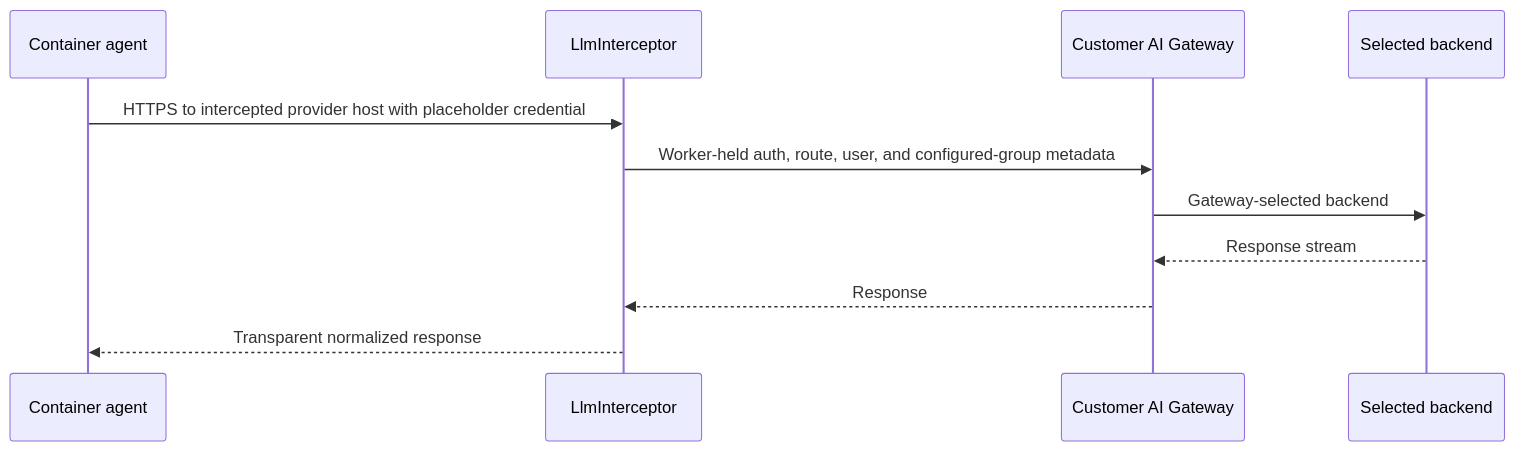
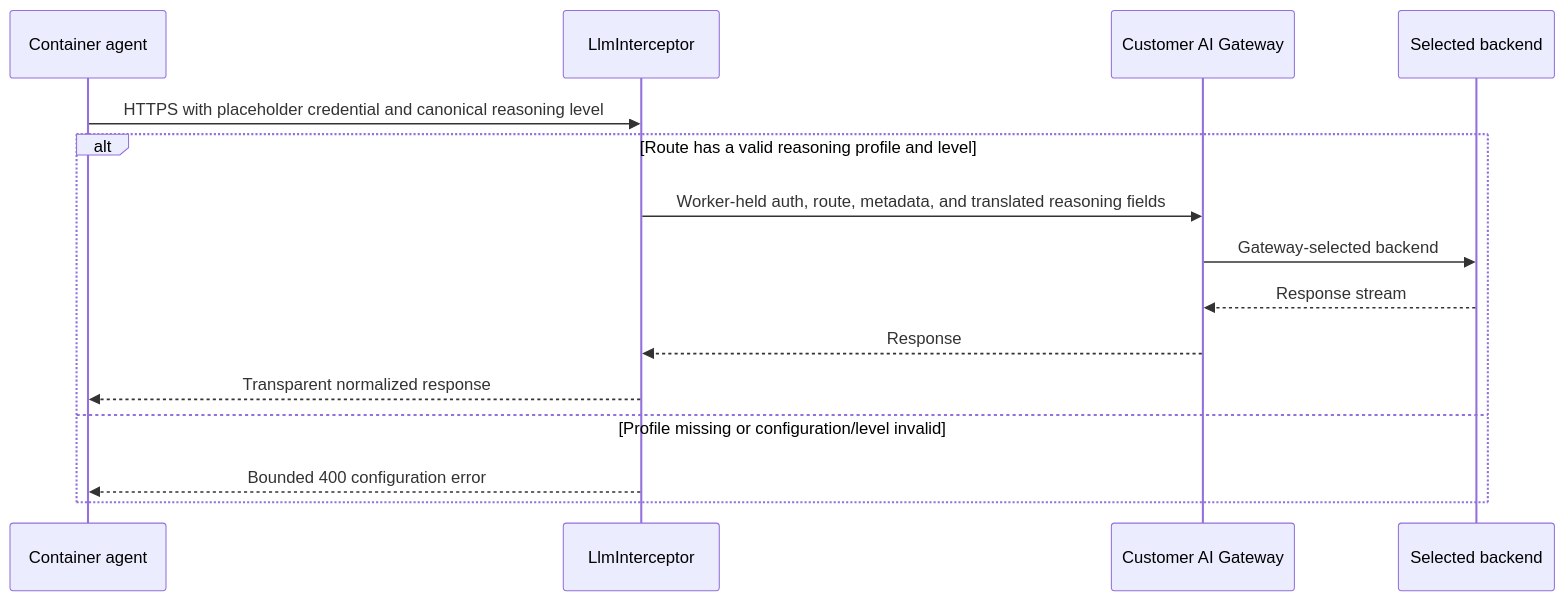
The eighth of 10 diagrams in documentation/lanes/architecture.md (nikolanovoselec/codeflare), drawn with Mermaid before and after one commit. The commit also changed other lines of this file and 463 other files, not shown here.

````diff
--- a/documentation/lanes/architecture.md
+++ b/documentation/lanes/architecture.md
@@ -583,13 +583,17 @@
 ```mermaid
 sequenceDiagram
     participant C as Container agent
     participant I as LlmInterceptor
     participant G as Customer AI Gateway
     participant P as Selected backend
-    C->>I: HTTPS to intercepted provider host with placeholder credential
-    I->>G: Worker-held auth, route, user, and configured-group metadata
-    G->>P: Gateway-selected backend
-    P-->>G: Response stream
-    G-->>I: Response
-    I-->>C: Transparent normalized response
+    C->>I: HTTPS with placeholder credential and canonical reasoning level
+    alt Route has a valid reasoning profile and level
+        I->>G: Worker-held auth, route, metadata, and translated reasoning fields
+        G->>P: Gateway-selected backend
+        P-->>G: Response stream
+        G-->>I: Response
+        I-->>C: Transparent normalized response
+    else Profile missing or configuration/level invalid
+        I-->>C: Bounded 400 configuration error
+    end
 ```
````
